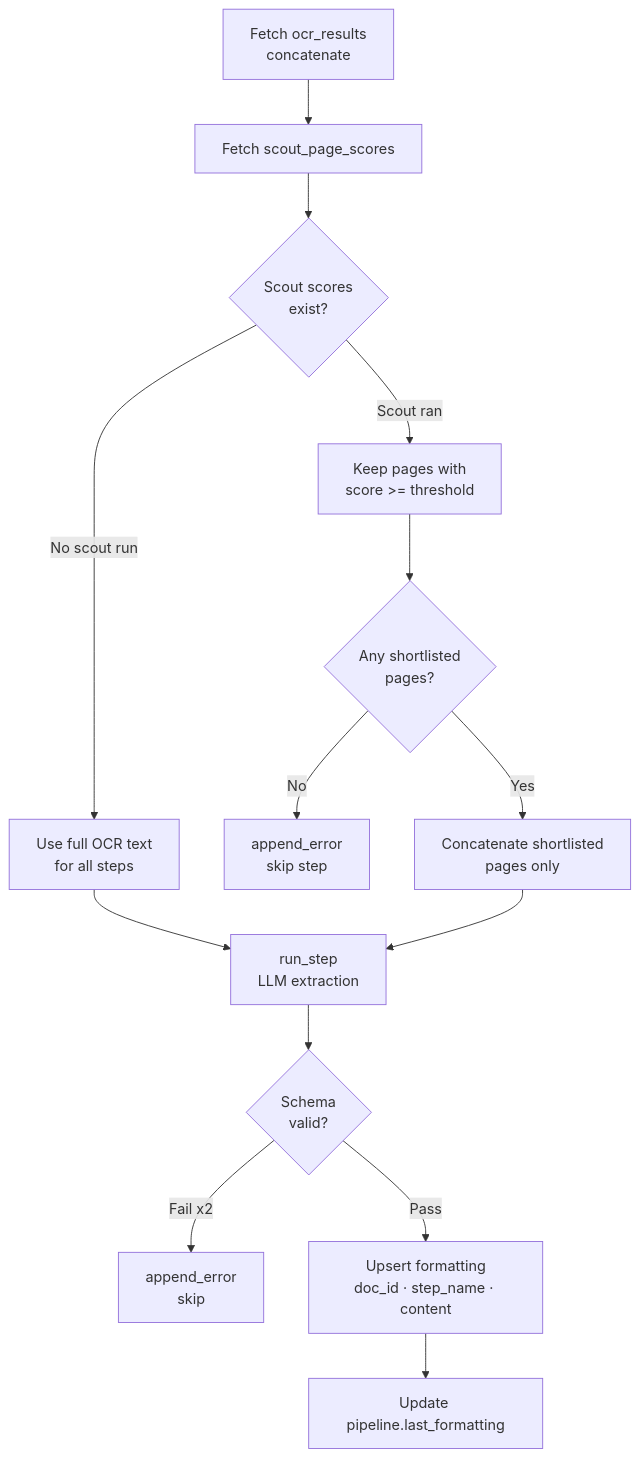
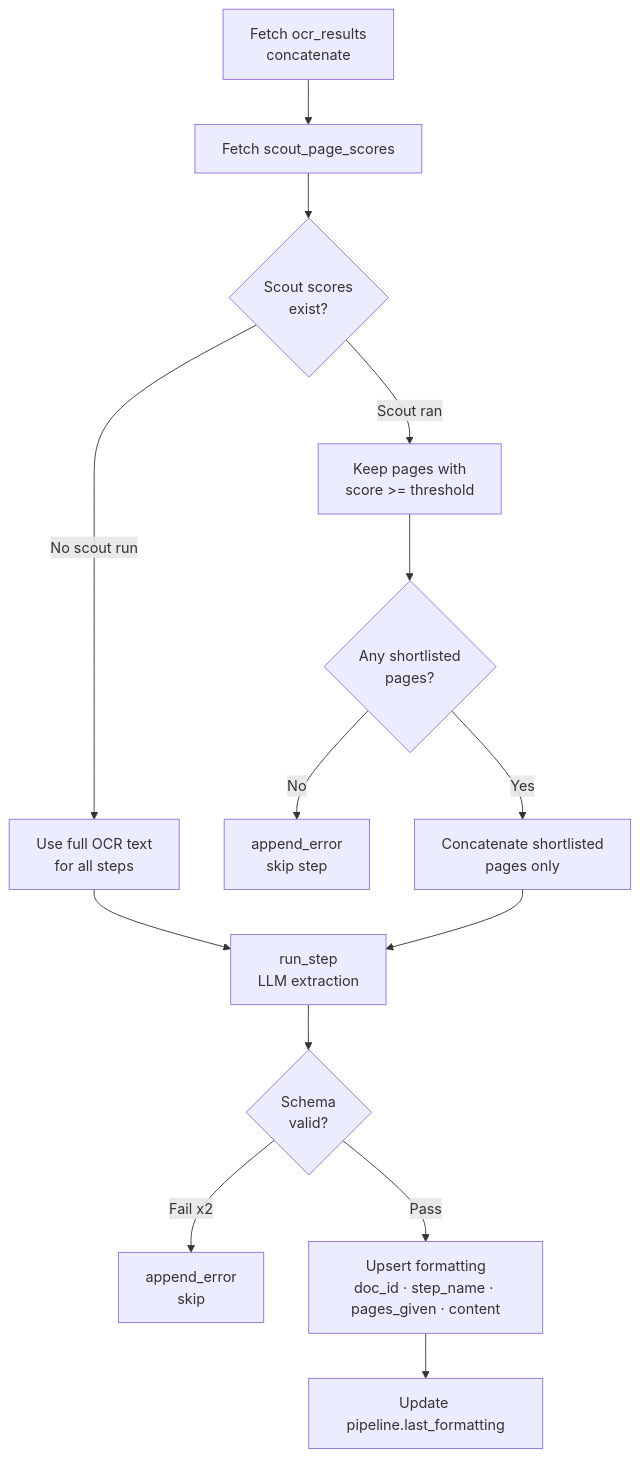
Before and after one commit to ArthurrMrv/research_ocr_pipeline: the fifth of 8 diagrams in README.md, drawn with Mermaid. The commit also changed other lines of this file and 21 other files, not shown here.

````diff
--- a/README.md
+++ b/README.md
@@ -109,15 +109,15 @@
 ```mermaid
 flowchart TD
     A[Fetch ocr_results\nconcatenate] --> B[Fetch scout_page_scores]
     B --> C{Scout scores\nexist?}
     C -- No scout run --> D[Use full OCR text\nfor all steps]
     C -- Scout ran --> E[Keep pages with\nscore >= threshold]
     E --> F{Any shortlisted\npages?}
     F -- No --> G[append_error\nskip step]
     F -- Yes --> H[Concatenate shortlisted\npages only]
     D & H --> I[run_step\nLLM extraction]
     I --> J{Schema\nvalid?}
     J -- Fail x2 --> K[append_error\nskip]
-    J -- Pass --> L[Upsert formatting\ndoc_id · step_name · content]
+    J -- Pass --> L[Upsert formatting\ndoc_id · step_name · pages_given · content]
     L --> M[Update pipeline.last_formatting]
 ```
````
